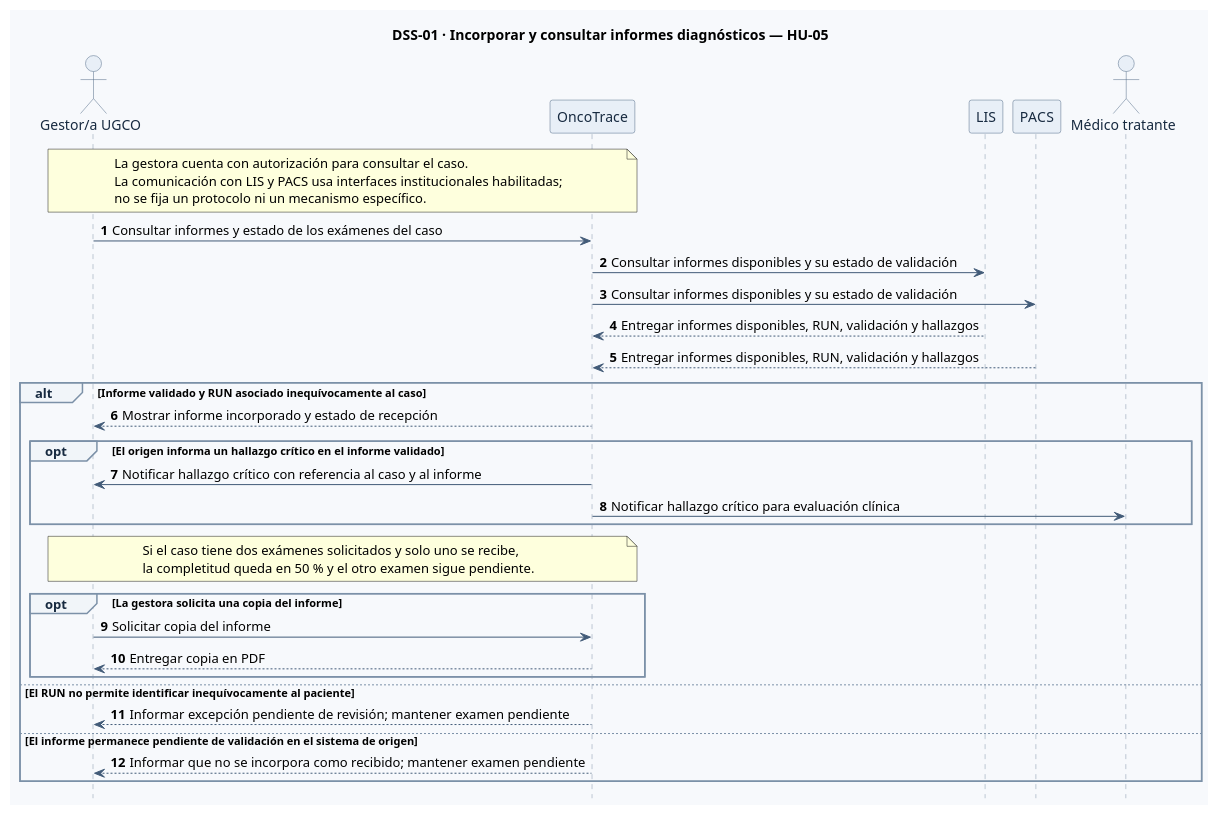
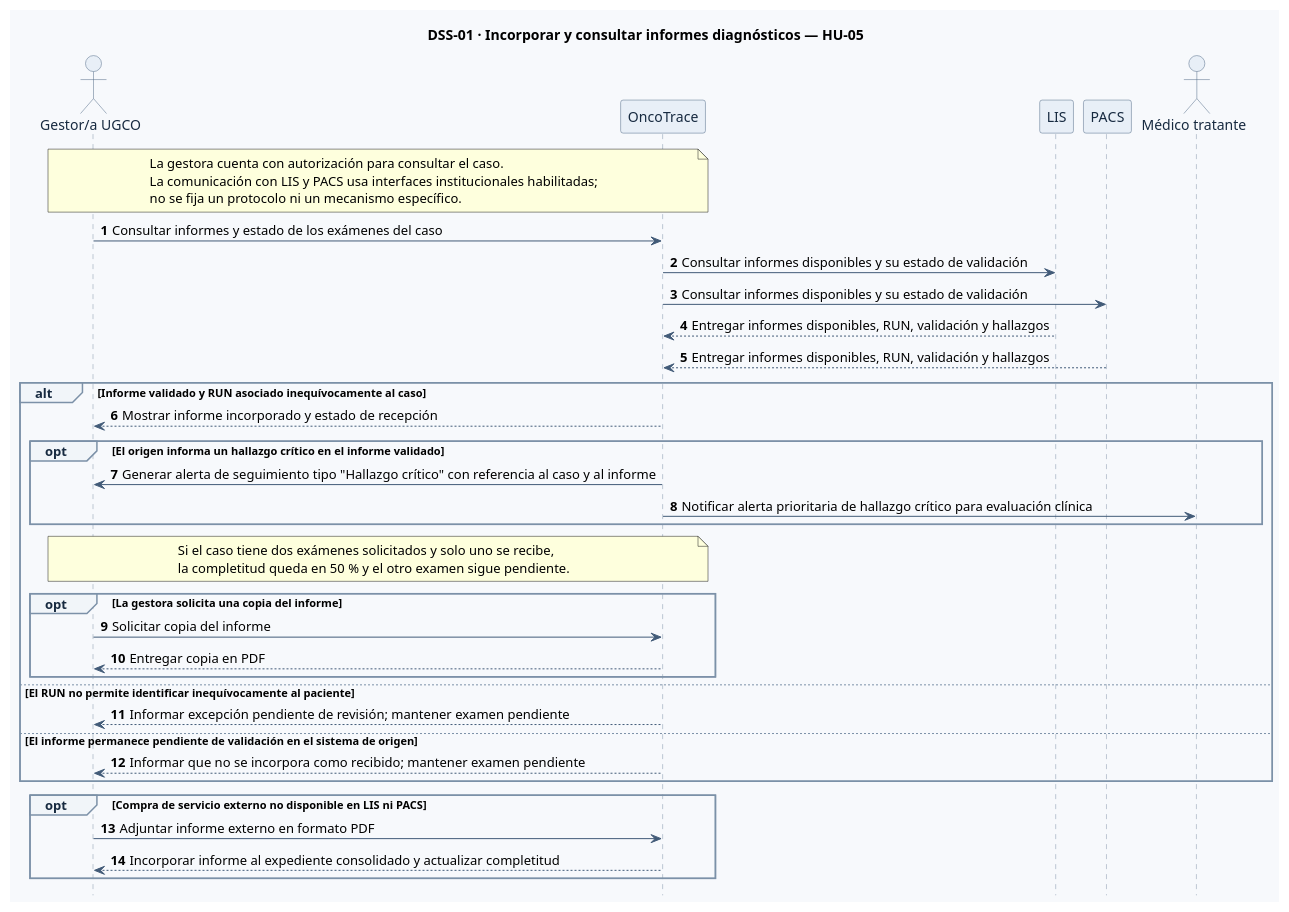
The first of 4 diagrams in diagramas/diagramas-secuencia.puml (br1fz/OncoTrace), drawn with PlantUML before and after one commit. The commit also changed 48 other files, not shown here.

```diff
--- a/diagramas/diagramas-secuencia.puml
+++ b/diagramas/diagramas-secuencia.puml
@@ -4,62 +4,67 @@
 @startuml DSS-01-HU-05
 hide footbox
 autonumber
 skinparam shadowing false
 skinparam backgroundColor #F7F9FC
 skinparam defaultFontName SansSerif
 skinparam sequence {
   ArrowColor #425B78
   LifeLineBorderColor #8295AA
   LifeLineBackgroundColor #F0F4F8
   ParticipantBorderColor #526B87
   ParticipantBackgroundColor #E8EFF7
   ParticipantFontColor #172A40
   ActorBorderColor #526B87
   ActorBackgroundColor #E8EFF7
   ActorFontColor #172A40
   BoxBorderColor #CBD5E1
   BoxBackgroundColor #F8FAFC
   GroupBorderColor #7C91A8
   GroupBackgroundColor #F1F5F9
   GroupHeaderFontColor #172A40
   ResponseMessageBelowArrow true
 }
 title DSS-01 · Incorporar y consultar informes diagnósticos — HU-05
 actor "Gestor/a UGCO" as Gestor
 participant "OncoTrace" as OT
 participant "LIS" as LIS
 participant "PACS" as PACS
 actor "Médico tratante" as Medico
 
 note over Gestor,OT
 La gestora cuenta con autorización para consultar el caso.
 La comunicación con LIS y PACS usa interfaces institucionales habilitadas;
 no se fija un protocolo ni un mecanismo específico.
 end note
 
 Gestor -> OT: Consultar informes y estado de los exámenes del caso
 OT -> LIS: Consultar informes disponibles y su estado de validación
 OT -> PACS: Consultar informes disponibles y su estado de validación
 LIS --> OT: Entregar informes disponibles, RUN, validación y hallazgos
 PACS --> OT: Entregar informes disponibles, RUN, validación y hallazgos
 
 alt Informe validado y RUN asociado inequívocamente al caso
   OT --> Gestor: Mostrar informe incorporado y estado de recepción
   opt El origen informa un hallazgo crítico en el informe validado
-    OT -> Gestor: Notificar hallazgo crítico con referencia al caso y al informe
-    OT -> Medico: Notificar hallazgo crítico para evaluación clínica
+    OT -> Gestor: Generar alerta de seguimiento tipo "Hallazgo crítico" con referencia al caso y al informe
+    OT -> Medico: Notificar alerta prioritaria de hallazgo crítico para evaluación clínica
   end
   note over Gestor,OT
   Si el caso tiene dos exámenes solicitados y solo uno se recibe,
   la completitud queda en 50 % y el otro examen sigue pendiente.
   end note
   opt La gestora solicita una copia del informe
     Gestor -> OT: Solicitar copia del informe
     OT --> Gestor: Entregar copia en PDF
   end
 else El RUN no permite identificar inequívocamente al paciente
   OT --> Gestor: Informar excepción pendiente de revisión; mantener examen pendiente
 else El informe permanece pendiente de validación en el sistema de origen
   OT --> Gestor: Informar que no se incorpora como recibido; mantener examen pendiente
 end
+
+opt Compra de servicio externo no disponible en LIS ni PACS
+  Gestor -> OT: Adjuntar informe externo en formato PDF
+  OT --> Gestor: Incorporar informe al expediente consolidado y actualizar completitud
+end
 @enduml
```
